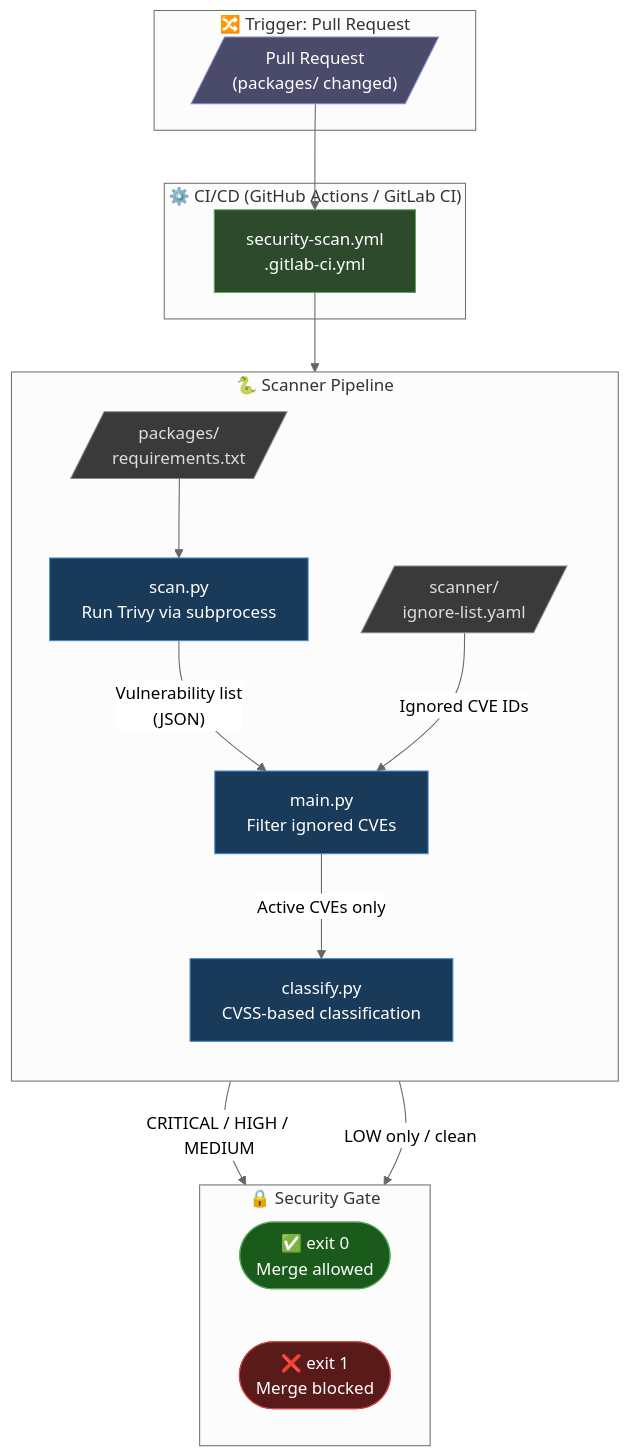
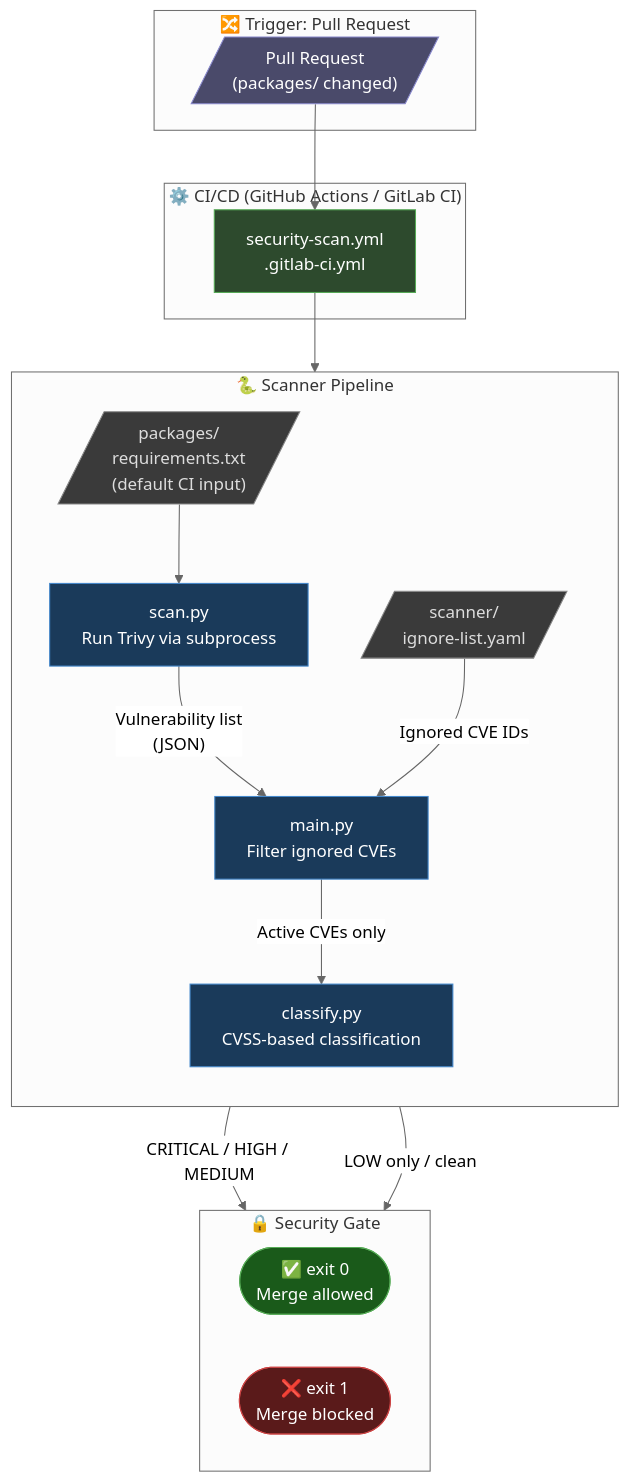
The first of 4 diagrams in docs/architecture.md (numa2812/python-package-security-pipeline), drawn with Mermaid (neutral theme) before and after one commit. The commit also changed other lines of this file and 8 other files, not shown here.

````diff
--- a/docs/architecture.md
+++ b/docs/architecture.md
@@ -33,48 +36,48 @@
 ```mermaid
 flowchart TD
     subgraph trigger["🔀 Trigger: Pull Request"]
         PR[/"Pull Request\n(packages/ changed)"/]
     end
 
     subgraph ci["⚙️ CI/CD  (GitHub Actions / GitLab CI)"]
         GH["security-scan.yml\n.gitlab-ci.yml"]
     end
 
     subgraph pipeline["🐍 Scanner Pipeline"]
         direction TB
-        REQ[/"packages/\nrequirements.txt"/]
+        REQ[/"packages/\nrequirements.txt\n(default CI input)"/]
         SCAN["scan.py\nRun Trivy via subprocess"]
         IGN[/"scanner/\nignore-list.yaml"/]
         FILTER["main.py\nFilter ignored CVEs"]
         CLASSIFY["classify.py\nCVSS-based classification"]
     end
 
     subgraph gate["🔒 Security Gate"]
         direction LR
         PASS(["✅ exit 0\nMerge allowed"])
         FAIL(["❌ exit 1\nMerge blocked"])
     end
 
     PR --> GH
     GH --> REQ
     REQ --> SCAN
     SCAN -->|"Vulnerability list\n(JSON)"| FILTER
     IGN -->|"Ignored CVE IDs"| FILTER
     FILTER -->|"Active CVEs only"| CLASSIFY
     CLASSIFY -->|"CRITICAL / HIGH / MEDIUM"| FAIL
     CLASSIFY -->|"LOW only / clean"| PASS
 
     classDef triggerStyle fill:#4a4a6a,stroke:#8888cc,color:#fff
     classDef ciStyle fill:#2d4a2d,stroke:#55aa55,color:#fff
     classDef fileStyle fill:#3a3a3a,stroke:#888,color:#ddd
     classDef processStyle fill:#1a3a5a,stroke:#4488cc,color:#fff
     classDef passStyle fill:#1a5a1a,stroke:#55aa55,color:#fff
     classDef failStyle fill:#5a1a1a,stroke:#cc4444,color:#fff
 
     class PR triggerStyle
     class GH ciStyle
     class REQ,IGN fileStyle
     class SCAN,FILTER,CLASSIFY processStyle
     class PASS passStyle
     class FAIL failStyle
 ```
````
